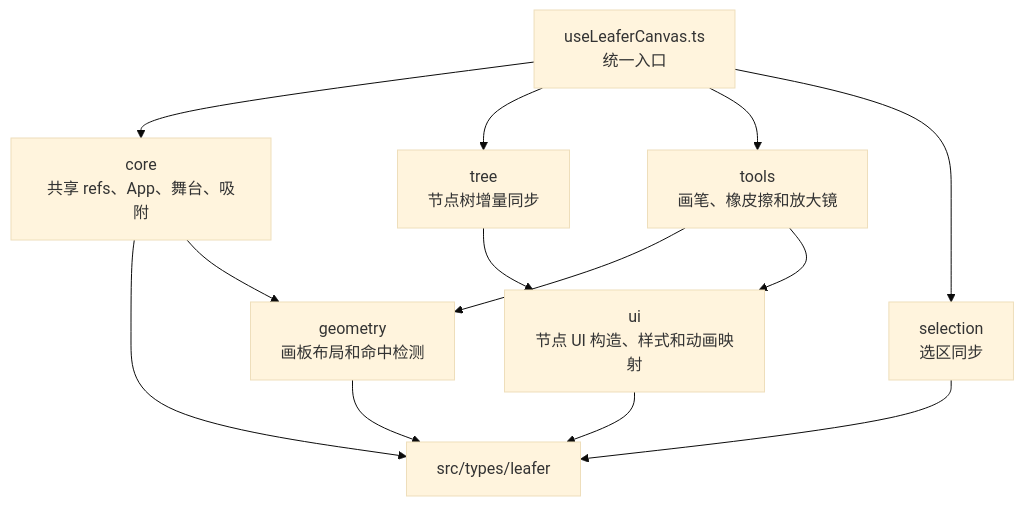
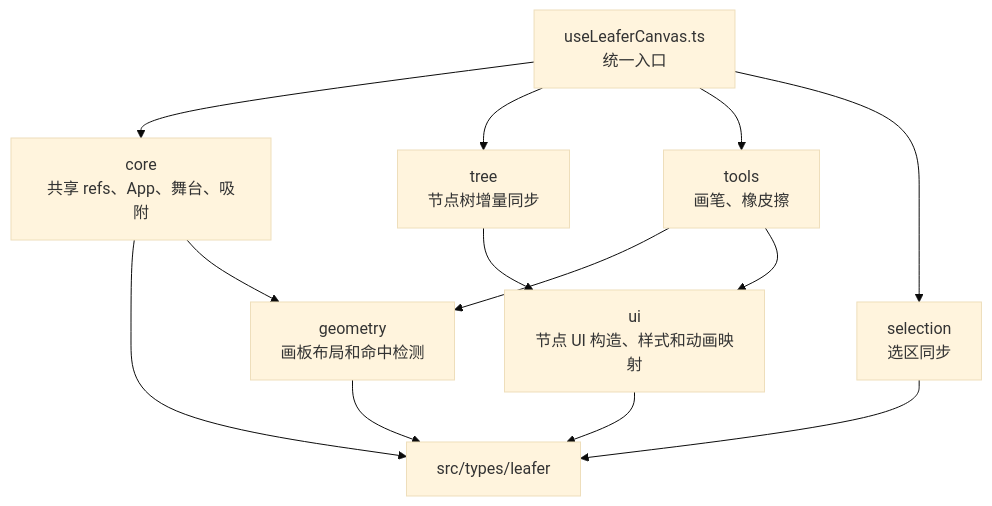
The first of 8 diagrams in src/pages/home/hooks/README.md (Tajigaqzh/paint-canvas), drawn with Mermaid (base theme) before and after one commit. The commit also changed other lines of this file and 30 other files, not shown here.

````diff
--- a/src/pages/home/hooks/README.md
+++ b/src/pages/home/hooks/README.md
@@ -48,16 +47,16 @@
 ```mermaid
 flowchart TD
   Entry[useLeaferCanvas.ts<br/>统一入口] --> Core[core<br/>共享 refs、App、舞台、吸附]
   Entry --> Tree[tree<br/>节点树增量同步]
-  Entry --> Tools[tools<br/>画笔、橡皮擦和放大镜]
+  Entry --> Tools[tools<br/>画笔、橡皮擦]
   Entry --> Selection[selection<br/>选区同步]
 
   Core --> Types[src/types/leafer]
   Tree --> UI[ui<br/>节点 UI 构造、样式和动画映射]
   Core --> Geometry[geometry<br/>画板布局和命中检测]
   Tools --> Geometry
   Tools --> UI
   Selection --> Types
   UI --> Types
   Geometry --> Types
 ```
````
